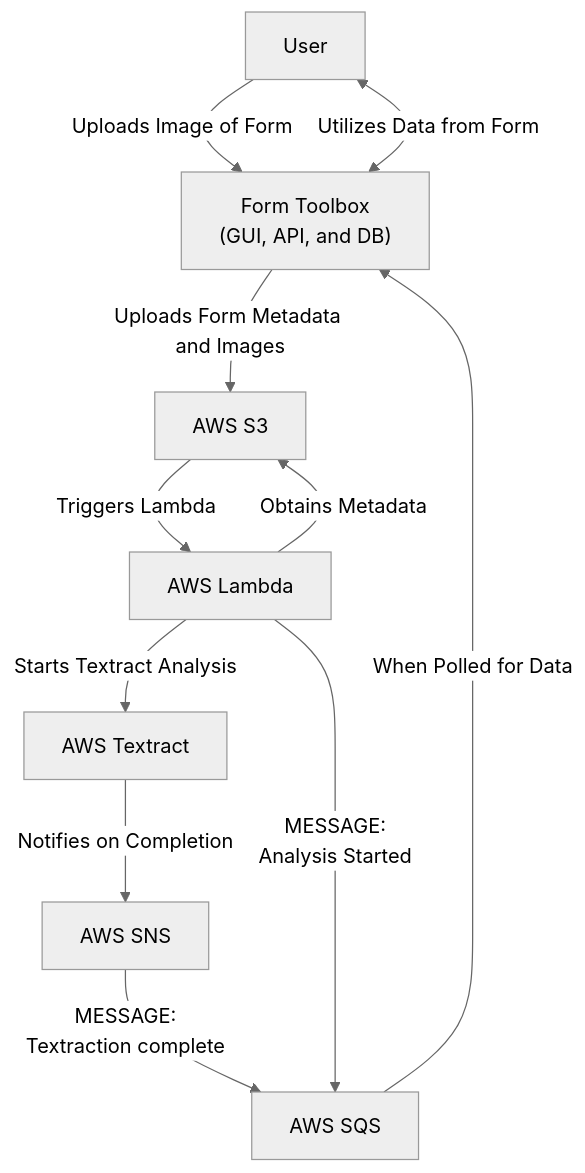
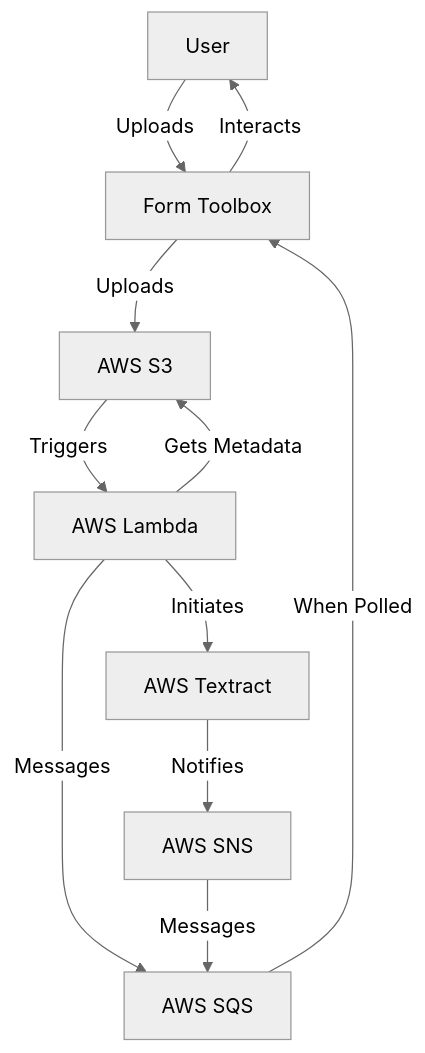
Before and after one commit to rob-mosher/form-toolbox-app: the first of 2 diagrams in README.md, drawn with Mermaid (neutral theme). The commit also changed other lines of this file and 1 other file, not shown here.

````diff
--- a/README.md
+++ b/README.md
@@ -33,16 +45,13 @@
 ```mermaid
 graph TD;
-    User--"Uploads Image of Form"-->FormToolbox["Form Toolbox
-      (GUI, API, and DB)"];
-    FormToolbox--"Uploads Form Metadata and Images"-->AWS_S3["AWS S3"];
-    AWS_S3--"Triggers Lambda"-->AWS_Lambda["AWS Lambda"];
-    AWS_Lambda--"Obtains Metadata"-->AWS_S3;
-    AWS_Lambda--"Starts Textract Analysis"-->AWS_Textract["AWS Textract"];
-    AWS_Textract--"Notifies on Completion"-->AWS_SNS["AWS SNS"];
-    AWS_SNS--"MESSAGE:
-      Textraction complete"-->AWS_SQS["AWS SQS"];
-    AWS_Lambda--"MESSAGE:
-      Analysis Started"-->AWS_SQS;
-    AWS_SQS--"When Polled for Data"-->FormToolbox;
-    FormToolbox<--"Utilizes Data from Form"-->User
+    User --"Uploads"--> FormToolbox["Form Toolbox"];
+    FormToolbox --"Interacts"--> User
+    FormToolbox --"Uploads"--> AWS_S3["AWS S3"];
+    AWS_S3 --"Triggers"--> AWS_Lambda["AWS Lambda"];
+    AWS_Lambda --"Gets Metadata"--> AWS_S3;
+    AWS_Lambda--"Messages"--> AWS_SQS;
+    AWS_Lambda --"Initiates"--> AWS_Textract["AWS Textract"];
+    AWS_Textract --"Notifies"--> AWS_SNS["AWS SNS"];
+    AWS_SNS --"Messages"--> AWS_SQS["AWS SQS"];
+    AWS_SQS --"When Polled"--> FormToolbox;
 ```
````
